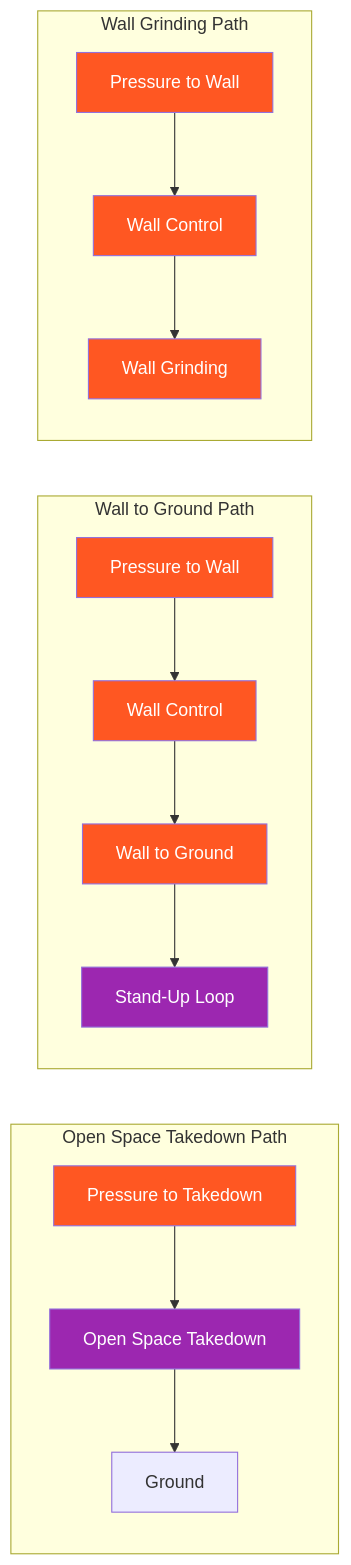
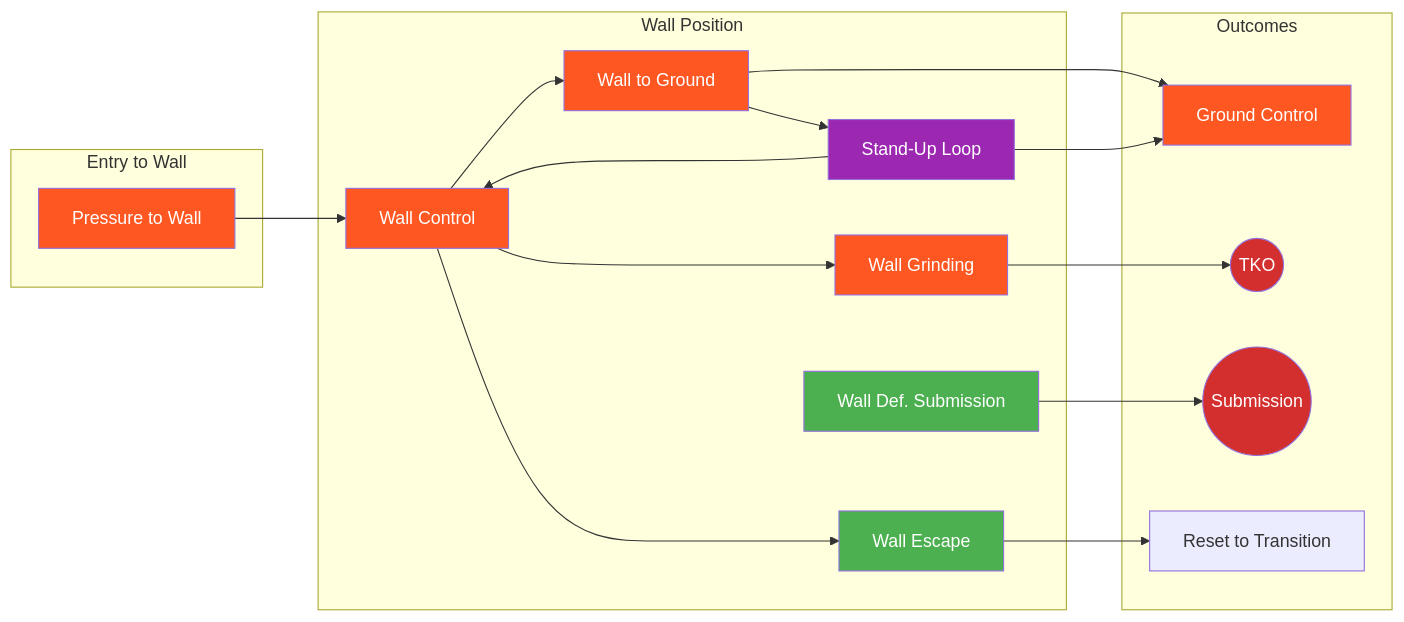
The fifth of 7 diagrams in docs/system/map.md (ACalienes/Ecological-MMA-Game-System), drawn with Mermaid before and after one commit. The commit also changed other lines of this file and 18 other files, not shown here.

````diff
--- a/docs/system/map.md
+++ b/docs/system/map.md
@@ -229,28 +372,45 @@
 ```mermaid
 flowchart LR
-    subgraph Path1["Open Space Takedown Path"]
-        A1[Pressure to Takedown] --> B1[Open Space Takedown]
-        B1 --> C1[Ground]
+    subgraph ENTRY["Entry to Wall"]
+        PTW[Pressure to Wall]
     end
 
-    subgraph Path2["Wall to Ground Path"]
-        A2[Pressure to Wall] --> B2[Wall Control]
-        B2 --> C2[Wall to Ground]
-        C2 --> D2[Stand-Up Loop]
+    subgraph WALL["Wall Position"]
+        WCon[Wall Control]
+        WE[Wall Escape]
+        WDS[Wall Def. Submission]
+        WG[Wall to Ground]
+        WGr[Wall Grinding]
+        SUL[Stand-Up Loop]
     end
 
-    subgraph Path3["Wall Grinding Path"]
-        A3[Pressure to Wall] --> B3[Wall Control]
-        B3 --> C3[Wall Grinding]
+    subgraph OUTCOMES["Outcomes"]
+        GC[Ground Control]
+        TKO((TKO))
+        SUB((Submission))
+        RESET[Reset to Transition]
     end
 
-    style A1 fill:#FF5722,color:#fff
-    style B1 fill:#9C27B0,color:#fff
-    style A2 fill:#FF5722,color:#fff
-    style B2 fill:#FF5722,color:#fff
-    style C2 fill:#FF5722,color:#fff
-    style D2 fill:#9C27B0,color:#fff
-    style A3 fill:#FF5722,color:#fff
-    style B3 fill:#FF5722,color:#fff
-    style C3 fill:#FF5722,color:#fff
+    PTW --> WCon
+    WCon --> WE
+    WCon --> WG
+    WCon --> WGr
+    WE --> RESET
+    WDS --> SUB
+    WG --> SUL
+    WG --> GC
+    WGr --> TKO
+    SUL --> WCon
+    SUL --> GC
+
+    style PTW fill:#FF5722,color:#fff
+    style WCon fill:#FF5722,color:#fff
+    style WE fill:#4CAF50,color:#fff
+    style WDS fill:#4CAF50,color:#fff
+    style WG fill:#FF5722,color:#fff
+    style WGr fill:#FF5722,color:#fff
+    style SUL fill:#9C27B0,color:#fff
+    style GC fill:#FF5722,color:#fff
+    style TKO fill:#D32F2F,color:#fff
+    style SUB fill:#D32F2F,color:#fff
 ```
````
